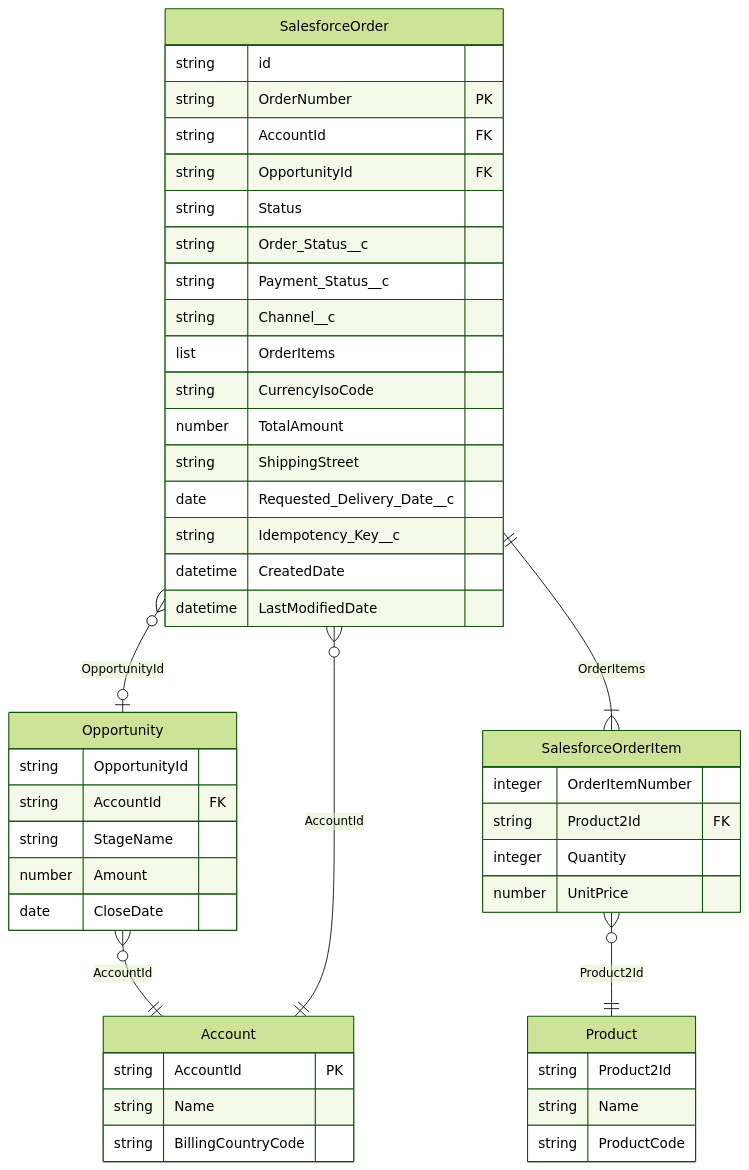
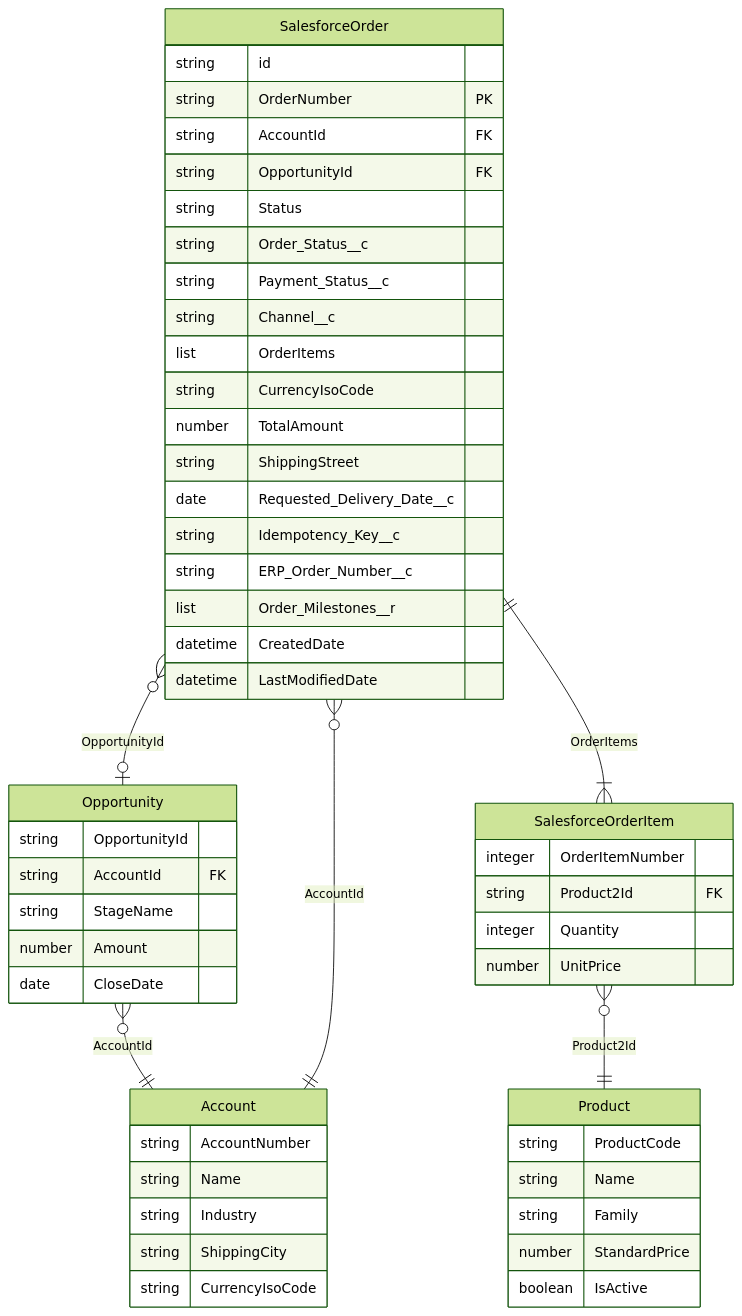
Before and after one commit to azure-intelligence-domain/system-api-salesforce: the second of 2 diagrams in README.md, drawn with Mermaid (forest theme).

Commit message:
Data model diagram: step 7 fields (references, timeline, accounts, products)

````diff
--- a/README.md
+++ b/README.md
@@ -86,49 +86,55 @@
 ```mermaid
 erDiagram
     Account {
-        string AccountId PK
+        string AccountNumber
         string Name
-        string BillingCountryCode
+        string Industry
+        string ShippingCity
+        string CurrencyIsoCode
     }
     Opportunity {
         string OpportunityId
         string AccountId FK
         string StageName
         number Amount
         date CloseDate
     }
     SalesforceOrder {
         string id
         string OrderNumber PK
         string AccountId FK
         string OpportunityId FK
         string Status
         string Order_Status__c
         string Payment_Status__c
         string Channel__c
         list OrderItems
         string CurrencyIsoCode
         number TotalAmount
         string ShippingStreet
         date Requested_Delivery_Date__c
         string Idempotency_Key__c
+        string ERP_Order_Number__c
+        list Order_Milestones__r
         datetime CreatedDate
         datetime LastModifiedDate
     }
     SalesforceOrderItem {
         integer OrderItemNumber
         string Product2Id FK
         integer Quantity
         number UnitPrice
     }
     Product {
-        string Product2Id
+        string ProductCode
         string Name
-        string ProductCode
+        string Family
+        number StandardPrice
+        boolean IsActive
     }
     Opportunity }o--|| Account : "AccountId"
     SalesforceOrder }o--|| Account : "AccountId"
     SalesforceOrder }o--o| Opportunity : "OpportunityId"
     SalesforceOrder ||--|{ SalesforceOrderItem : "OrderItems"
     SalesforceOrderItem }o--|| Product : "Product2Id"
 ```
````
